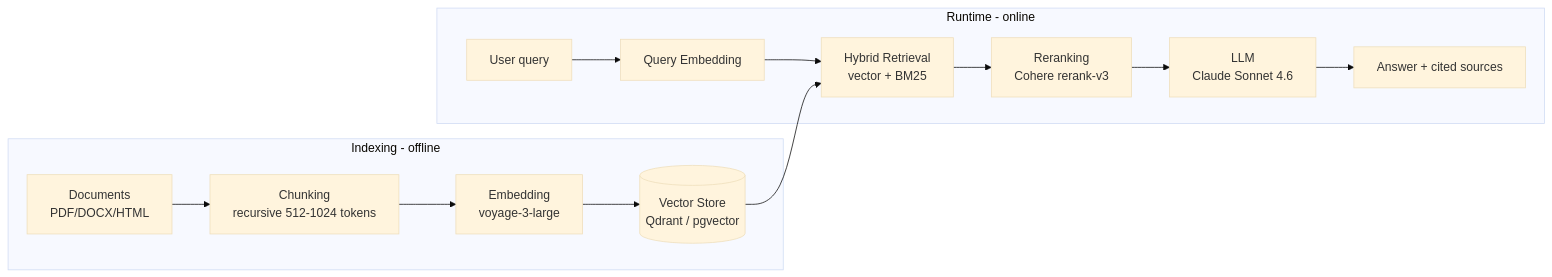
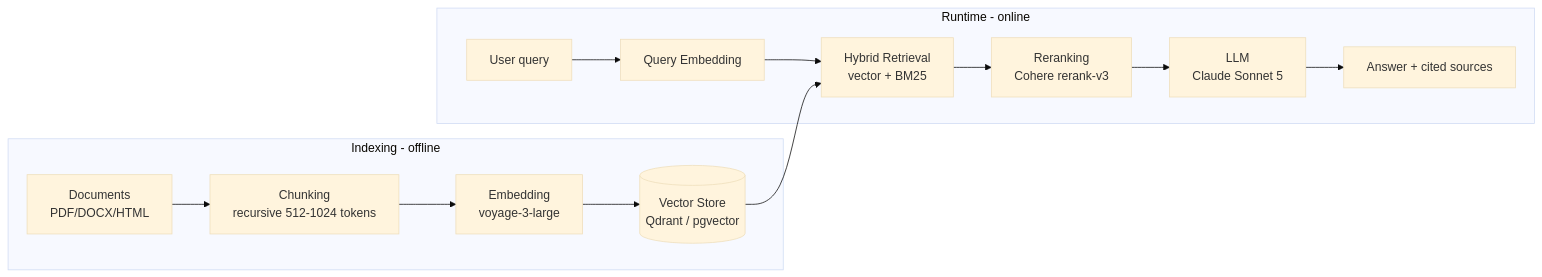
One commit to guyhui01/claude-agents changed the diagram in skills/ai_architect/architecture-rag.md. Above: the diagram before and after it, drawn with Mermaid (base theme). The commit also changed 40 other files, not shown here.

````diff
--- a/skills/ai_architect/architecture-rag.md
+++ b/skills/ai_architect/architecture-rag.md
@@ -9,16 +9,16 @@
 ```mermaid
 flowchart LR
     subgraph Indexing[Indexing - offline]
         D[Documents<br/>PDF/DOCX/HTML] --> C[Chunking<br/>recursive 512-1024 tokens]
         C --> E[Embedding<br/>voyage-3-large]
         E --> VS[(Vector Store<br/>Qdrant / pgvector)]
     end
     subgraph Runtime[Runtime - online]
         Q[User query] --> QE[Query Embedding]
         QE --> R[Hybrid Retrieval<br/>vector + BM25]
         VS --> R
         R --> RR[Reranking<br/>Cohere rerank-v3]
-        RR --> L[LLM<br/>Claude Sonnet 4.6]
+        RR --> L[LLM<br/>Claude Sonnet 5]
         L --> A[Answer + cited sources]
     end
 ```
````
